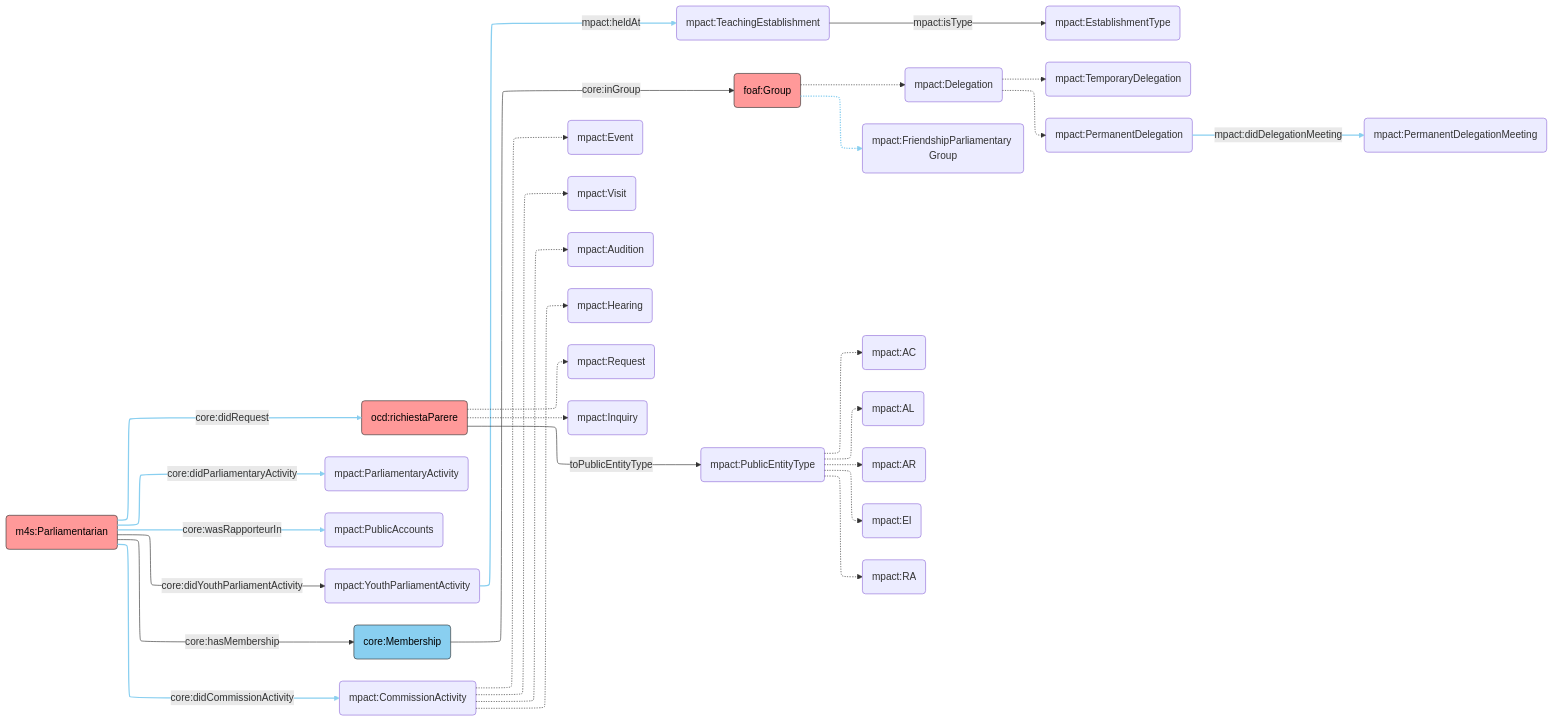
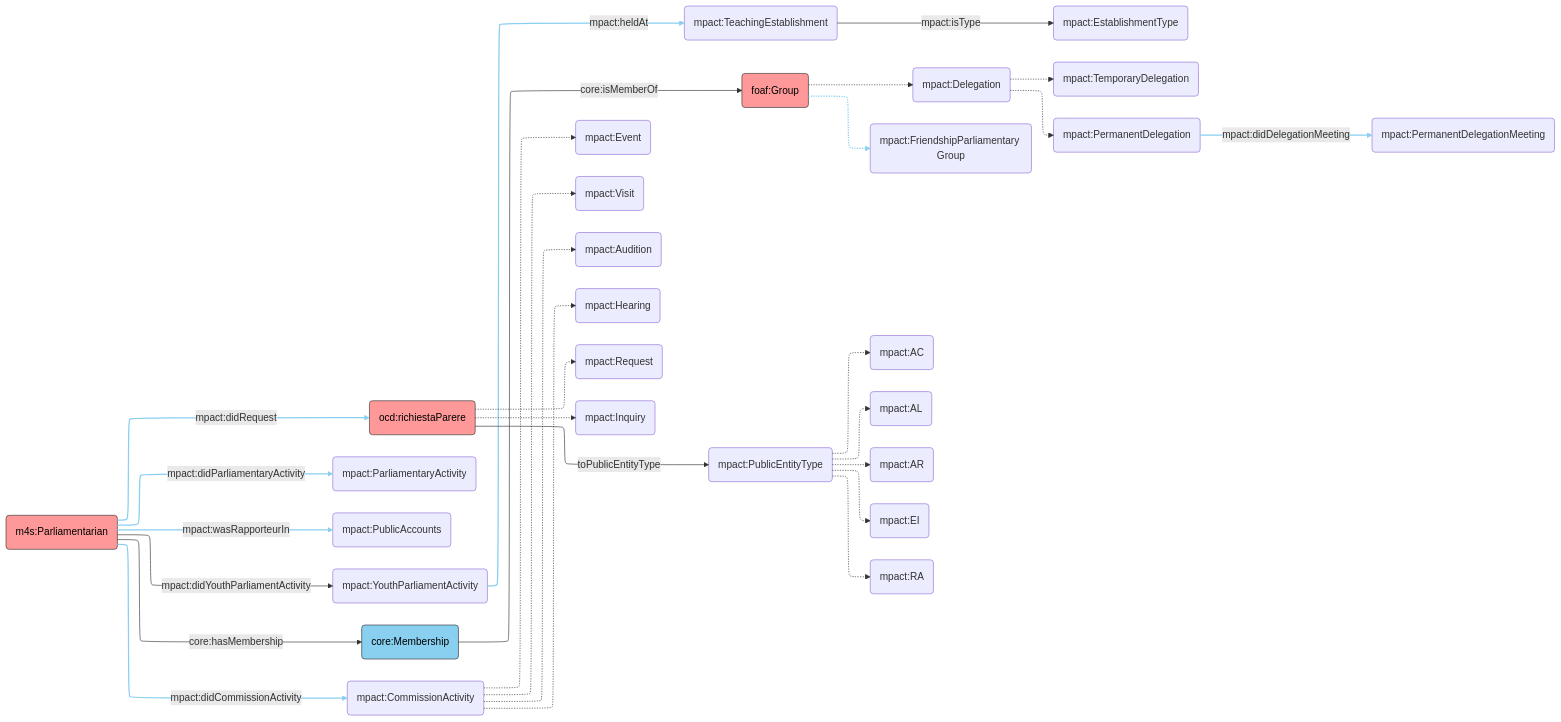
The diagram in POLIS/AR/mp-activity/mp-activity.mmd (politrackpt/ontologies), drawn with Mermaid before and after one commit.

Commit message:
mpact: update diagram with correct property prefixes

```diff
--- a/POLIS/AR/mp-activity/mp-activity.mmd
+++ b/POLIS/AR/mp-activity/mp-activity.mmd
@@ -1,59 +1,59 @@
 ---
 config:
   layout: elk
 ---
 flowchart LR
     MP("m4s:Parliamentarian")
     Req("ocd:richiestaParere")   
     PAct("mpact:ParliamentaryActivity")
     PE("mpact:PublicAccounts")
     Event("mpact:Event")
     Visit("mpact:Visit")
     Audition("mpact:Audition")
     Delegation("mpact:Delegation")
     Hearing("mpact:Hearing")
     YPA("mpact:YouthParliamentActivity")
     TeaEs("mpact:TeachingEstablishment")
     EsType("mpact:EstablishmentType")
     Mem("core:Membership")
     DelE("mpact:TemporaryDelegation")
     DelP("mpact:PermanentDelegation")
     FPG("mpact:FriendshipParliamentary Group")
     DelPM("mpact:PermanentDelegationMeeting")
     ComA("mpact:CommissionActivity")
     Group("foaf:Group")
     PublicEntityType("mpact:PublicEntityType")
 
-    MP -- core:didCommissionActivity --> ComA
+    MP -- mpact:didCommissionActivity --> ComA
     ComA -.-> Hearing
     ComA -.-> Audition
     ComA -.-> Event
     ComA -.-> Visit
-    MP -- core:didRequest --> Req
-    MP -- core:didParliamentaryActivity --> PAct
-    MP -- core:wasRapporteurIn --> PE
-    MP -- core:didYouthParliamentActivity --> YPA
+    MP -- mpact:didRequest --> Req
+    MP -- mpact:didParliamentaryActivity --> PAct
+    MP -- mpact:wasRapporteurIn --> PE
+    MP -- mpact:didYouthParliamentActivity --> YPA
     YPA -- mpact:heldAt --> TeaEs
     TeaEs -- mpact:isType --> EsType
     MP -- core:hasMembership --> Mem
     DelP -- mpact:didDelegationMeeting --> DelPM
-    Mem -- core:inGroup --> Group 
+    Mem -- core:isMemberOf --> Group 
     Group -.-> FPG
     Group -.->Delegation
     Delegation -.-> DelE
     Delegation -.-> DelP
     Req -.-> mpact:Request("mpact:Request")
     Req -.-> mpact:Inquiry("mpact:Inquiry")
     Req -- toPublicEntityType --> PublicEntityType
     PublicEntityType -.-> mpact:AC("mpact:AC")
     PublicEntityType -.-> mpact:AL("mpact:AL")
     PublicEntityType -.-> mpact:AR("mpact:AR")
     PublicEntityType -.-> mpact:EI("mpact:EI")
     PublicEntityType -.-> mpact:RA("mpact:RA")
     
   style MP fill:#FF9999,stroke:#333,color:#000
   style Req fill:#FF9999,stroke:#333,color:#000
   %%style Event fill:#90EE90,stroke:#333,color:#000
     style Mem fill:#89CFF0,stroke:#333,color:#000
  style Group fill:#FF9999,stroke:#333,color:#000
     linkStyle 0,5,6,7,9,12,14 stroke:#89CFF0,stroke-width:2px
```
